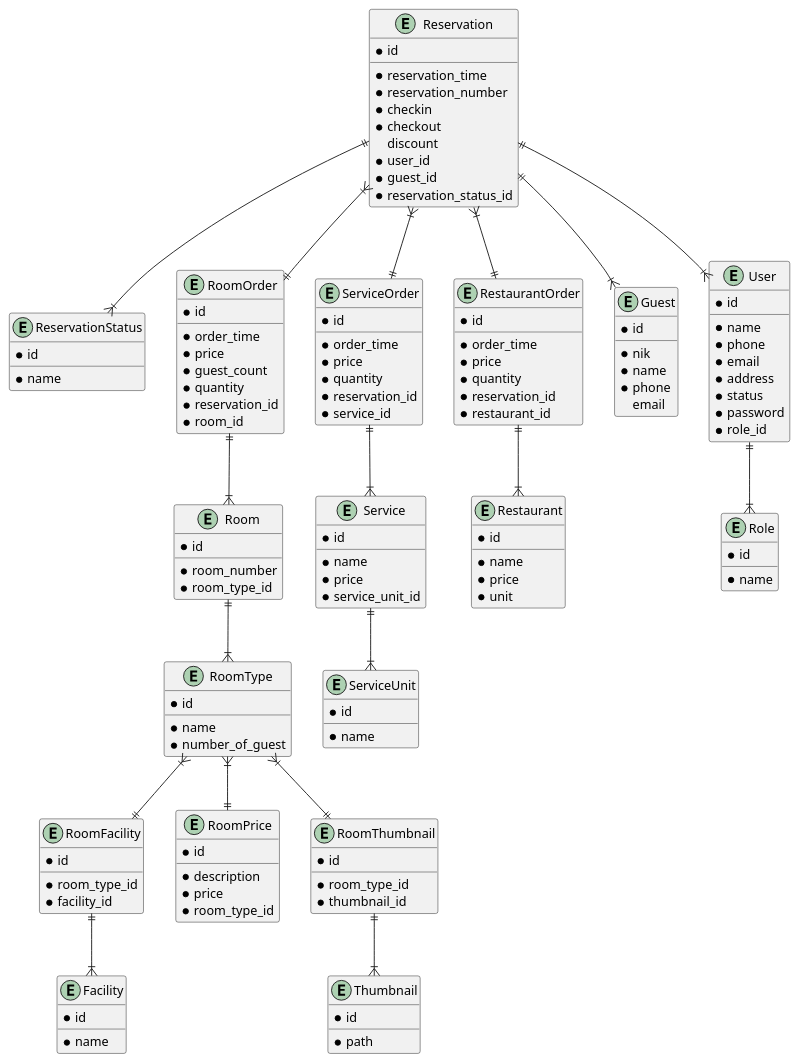
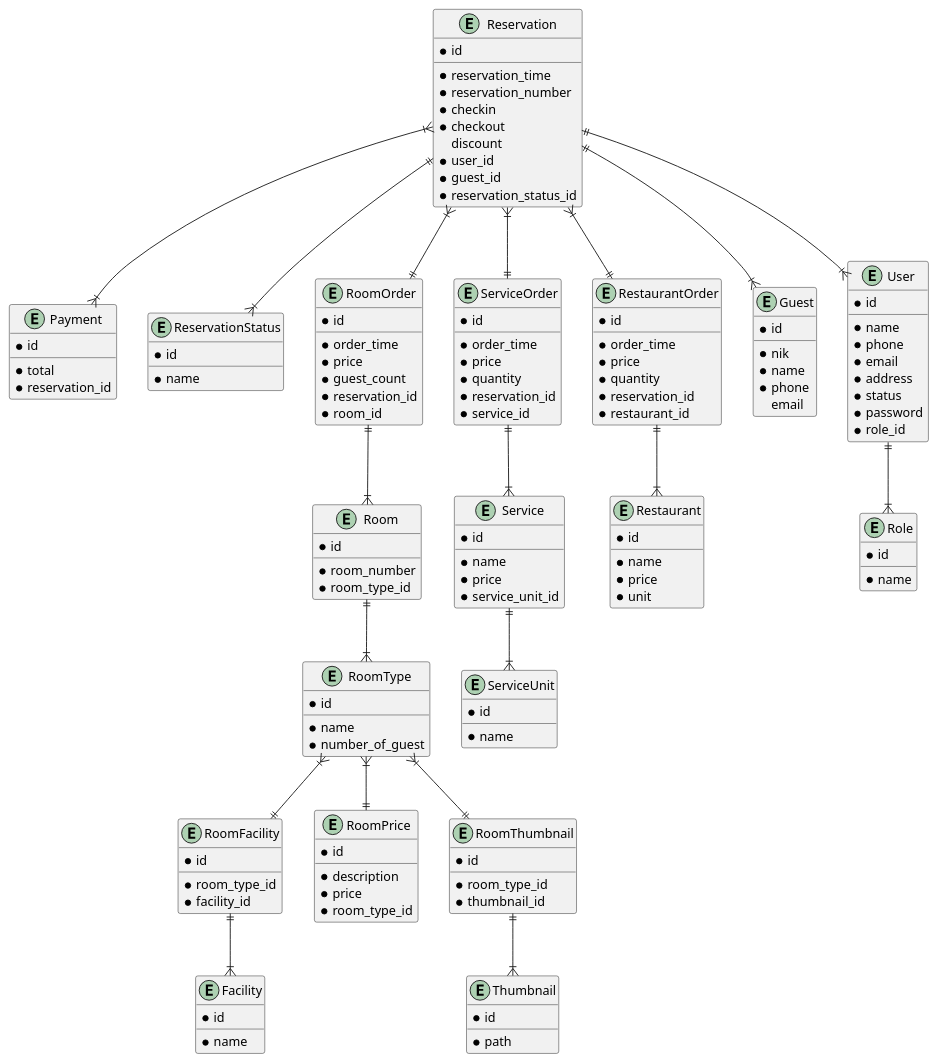
One commit to MuhammadIqbalAfandi/semuwainn changed the diagram in designs/diagrams/database.puml. Above: the diagram before and after it, drawn with PlantUML. The commit also changed 29 other files, not shown here.

Commit message:
fix: chart dashboard

```diff
--- a/designs/diagrams/database.puml
+++ b/designs/diagrams/database.puml
@@ -1,167 +1,174 @@
 @startuml SemuwainnDatabase
   entity Reservation {
     * id
     __
     * reservation_time
     * reservation_number
     * checkin
     * checkout
     discount
     * user_id
     * guest_id
     * reservation_status_id
   }
 
+  entity Payment {
+    * id
+    __
+    * total
+    * reservation_id
+  }
+
   entity ReservationStatus {
     * id
     __
     * name
   }
 
   entity RoomOrder {
     * id
     __
     * order_time
     * price
     * guest_count
-    * quantity
     * reservation_id
     * room_id
   }
 
   entity ServiceOrder {
     * id
     __
     * order_time
     * price
     * quantity
     * reservation_id
     * service_id
   }
 
   entity Service {
     * id
     __
     * name
     * price
     * service_unit_id
   }
 
   entity ServiceUnit {
     * id
     __
     * name
   }
 
     entity RestaurantOrder {
     * id
     __
     * order_time
     * price
     * quantity
     * reservation_id
     * restaurant_id
   }
 
   entity Restaurant {
     * id
     __
     * name
     * price
     * unit
   }
 
   entity Guest {
     * id
     __
     * nik
     * name
     * phone
     email
   }
 
   entity User {
     * id
     __
     * name
     * phone
     * email
     * address
     * status
     * password
     * role_id
   }
 
   entity Role {
     * id
     __
     * name
   }
 
   entity RoomFacility {
     * id
     __
     * room_type_id
     * facility_id
   }
 
   entity Room {
     * id
     __
     * room_number
     * room_type_id
   }
 
   entity RoomType {
     * id
     __
     * name
     * number_of_guest
   }
 
   entity RoomPrice {
     * id
     __
     * description
     * price
     * room_type_id
   }
 
   entity Facility {
     * id
     __
     * name
   }
 
   entity RoomThumbnail {
     * id
     __
     * room_type_id
     * thumbnail_id
   }
 
   entity Thumbnail {
     * id
     __
     * path
   }
 
   Reservation ||--|{ ReservationStatus
   Reservation }|--|| RestaurantOrder
   Reservation }|--|| ServiceOrder
   Reservation ||--|{ User
   Reservation ||--|{ Guest
   Reservation }|--|| RoomOrder
+  Reservation }|--|{ Payment
   RoomOrder ||--|{ Room
   Room ||--|{ RoomType
   RoomType }|--|| RoomPrice
   RoomType }|--|| RoomFacility
   RoomType }|--|| RoomThumbnail
   RoomFacility ||--|{ Facility
   RoomThumbnail ||--|{ Thumbnail
   ServiceOrder ||--|{ Service
   Service ||--|{ ServiceUnit
   RestaurantOrder ||--|{ Restaurant
   User ||--|{ Role
 
 @enduml
```
